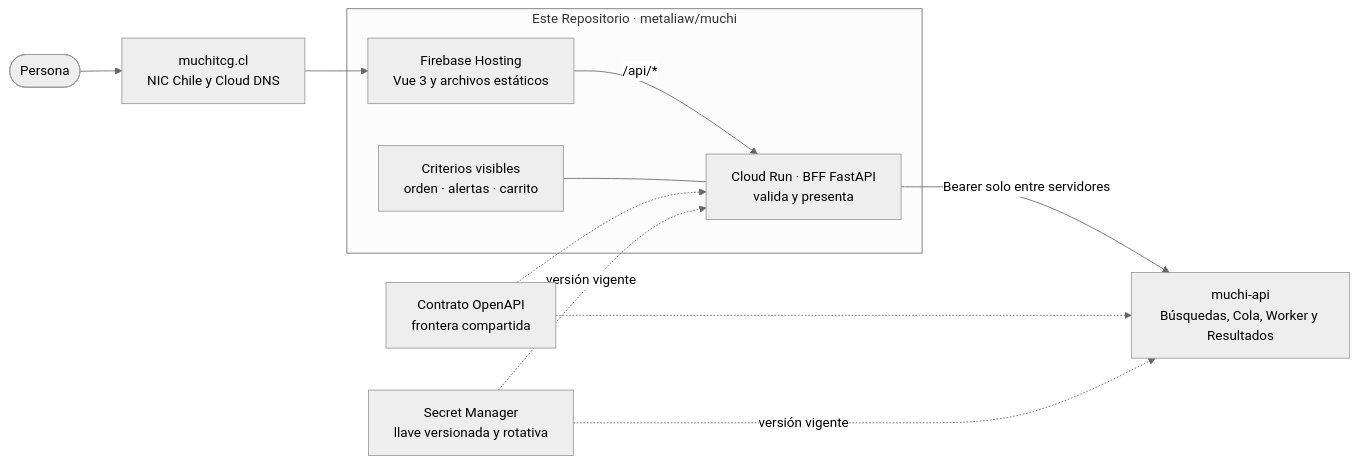
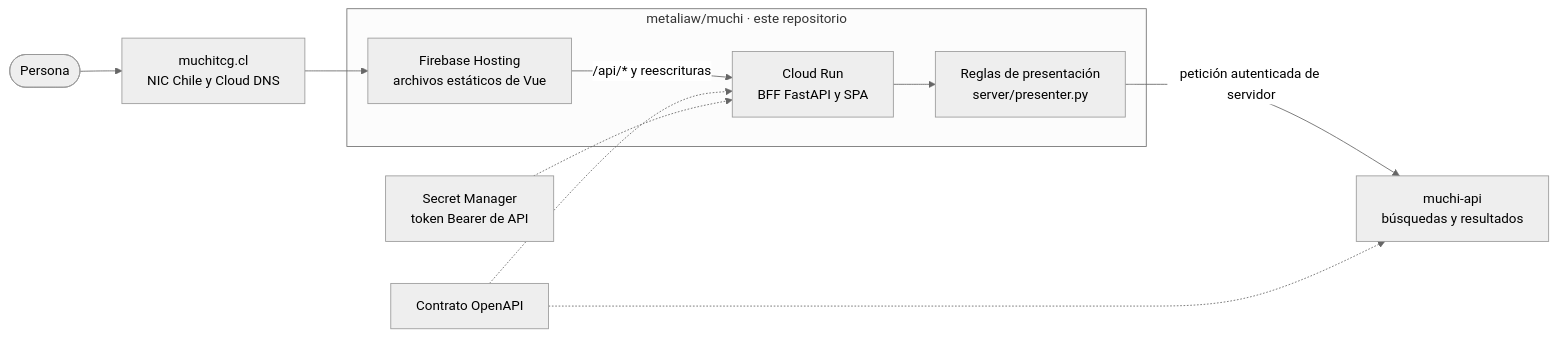
The first of 2 diagrams in docs/architecture.es.md (metaliaw/muchi), drawn with Mermaid (neutral theme) before and after one commit. The commit also changed other lines of this file and 47 other files, not shown here.

Commit message:
Document BFF architecture and entry points

````diff
--- a/docs/architecture.es.md
+++ b/docs/architecture.es.md
@@ -19,24 +15,23 @@
 ```mermaid
 flowchart LR
     person([Persona])
     dns["muchitcg.cl<br/>NIC Chile y Cloud DNS"]
 
-    subgraph public["Este Repositorio · metaliaw/muchi"]
-        hosting["Firebase Hosting<br/>Vue 3 y archivos estáticos"]
-        bff["Cloud Run · BFF FastAPI<br/>valida y presenta"]
-        criteria["Criterios visibles<br/>orden · alertas · carrito"]
+    subgraph front["metaliaw/muchi · este repositorio"]
+        hosting["Firebase Hosting<br/>archivos estáticos de Vue"]
+        bff["Cloud Run<br/>BFF FastAPI y SPA"]
+        presenter["Reglas de presentación<br/>server/presenter.py"]
+        hosting -->|"/api/* y reescrituras"| bff
+        bff --> presenter
     end
 
-    api["muchi-api<br/>Búsquedas, Cola, Worker y Resultados"]
-    contract["Contrato OpenAPI<br/>frontera compartida"]
-    secrets["Secret Manager<br/>llave versionada y rotativa"]
+    api["muchi-api<br/>búsquedas y resultados"]
+    contract["Contrato OpenAPI"]
+    secret["Secret Manager<br/>token Bearer de API"]
 
     person --> dns --> hosting
-    hosting -->|"/api/*"| bff
-    criteria --- bff
+    presenter -->|"petición autenticada de servidor"| api
     contract -.-> bff
     contract -.-> api
-    bff -->|"Bearer solo entre servidores"| api
-    secrets -. "versión vigente" .-> bff
-    secrets -. "versión vigente" .-> api
+    secret -.-> bff
 ```
````
